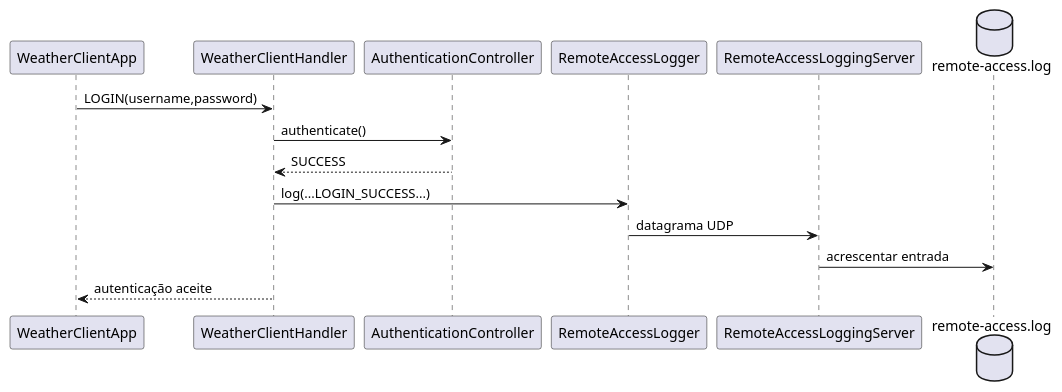
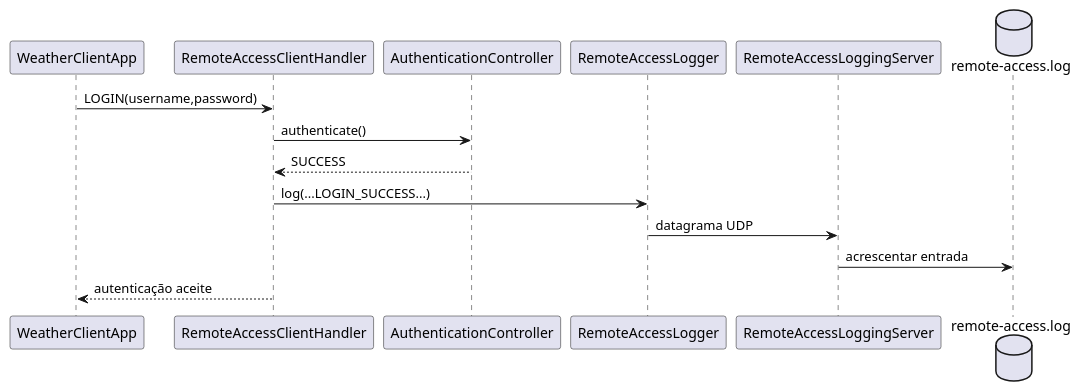
Before and after one commit to goncalolopesp/sem4pi2526-sem4pi2526_2di5: the second of 3 diagrams in docs/us_090/US090.md, drawn with PlantUML. The commit also changed other lines of this file, not shown here.

````diff
--- a/docs/us_090/US090.md
+++ b/docs/us_090/US090.md
@@ -217,18 +226,18 @@
 ```puml
 @startuml
 participant WeatherClientApp as Client
-participant WeatherClientHandler as Handler
+participant RemoteAccessClientHandler as Handler
 participant AuthenticationController as Auth
 participant RemoteAccessLogger as Logger
 participant RemoteAccessLoggingServer as LogServer
 database "remote-access.log" as LogFile
 
 Client -> Handler : LOGIN(username,password)
 Handler -> Auth : authenticate()
 Auth --> Handler : SUCCESS
 Handler -> Logger : log(...LOGIN_SUCCESS...)
 Logger -> LogServer : datagrama UDP
 LogServer -> LogFile : acrescentar entrada
 Handler --> Client : autenticação aceite
 @enduml
 ```
````
